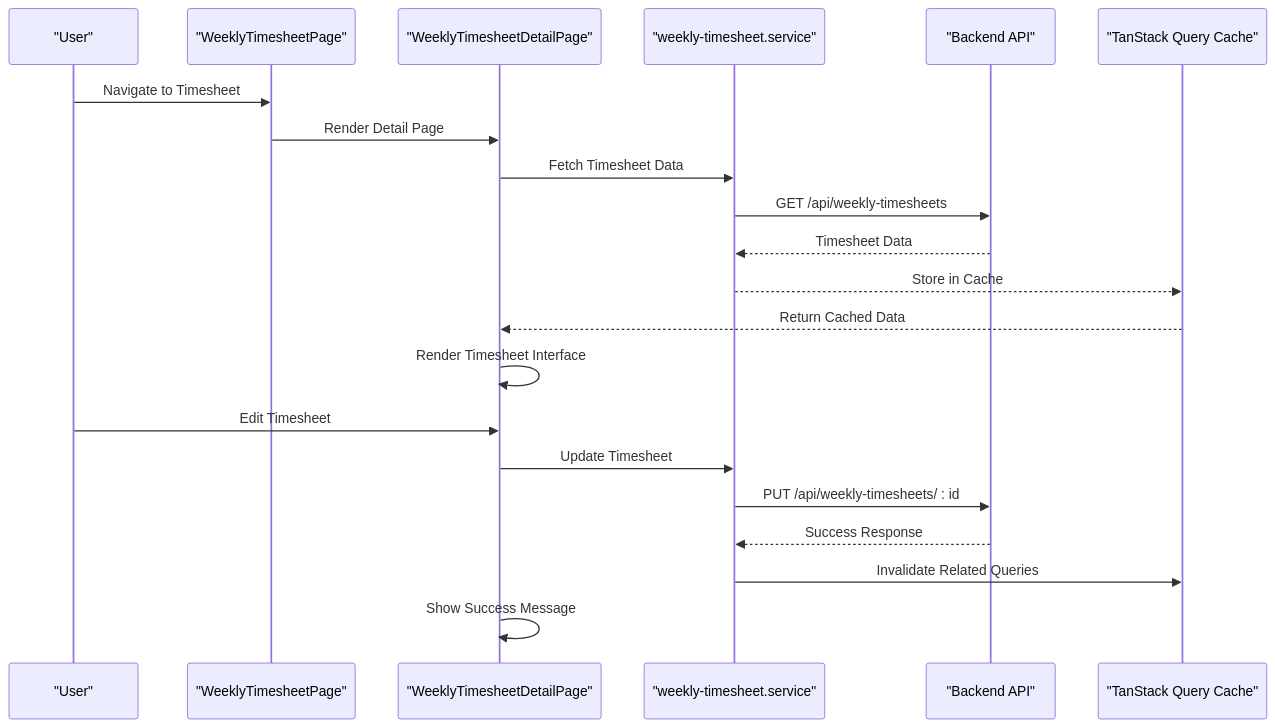
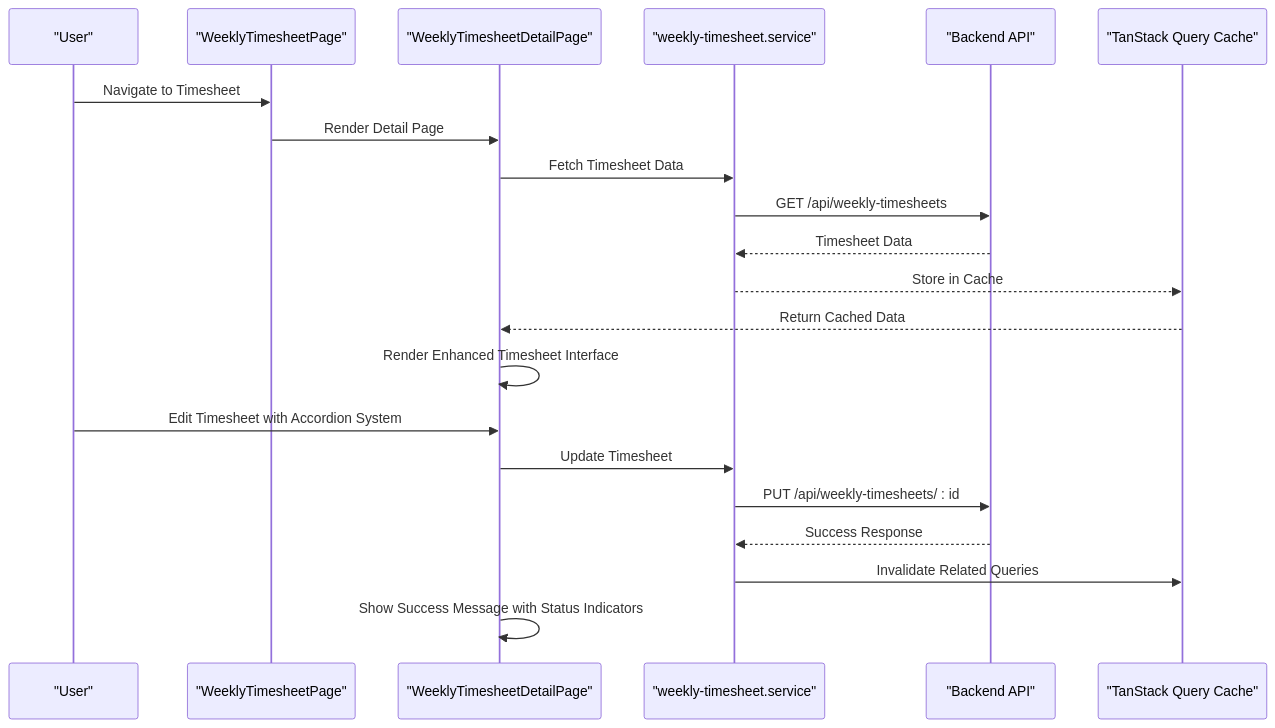
Before and after one commit to RobertRuas/windlog: the second of 6 diagrams in .qoder/repowiki/en/content/Arquitetura Frontend/Timesheet Semanal - Interface Frontend.md, drawn with Mermaid. The commit also changed other lines of this file and 13 other files, not shown here.

````diff
--- a/.qoder/repowiki/en/content/Arquitetura Frontend/Timesheet Semanal - Interface Frontend.md
+++ b/.qoder/repowiki/en/content/Arquitetura Frontend/Timesheet Semanal - Interface Frontend.md
@@ -110,23 +121,23 @@
 ```mermaid
 sequenceDiagram
 participant User as "User"
 participant Page as "WeeklyTimesheetPage"
 participant Detail as "WeeklyTimesheetDetailPage"
 participant Service as "weekly-timesheet.service"
 participant API as "Backend API"
 participant Cache as "TanStack Query Cache"
 User->>Page : Navigate to Timesheet
 Page->>Detail : Render Detail Page
 Detail->>Service : Fetch Timesheet Data
 Service->>API : GET /api/weekly-timesheets
 API-->>Service : Timesheet Data
 Service-->>Cache : Store in Cache
 Cache-->>Detail : Return Cached Data
-Detail->>Detail : Render Timesheet Interface
-User->>Detail : Edit Timesheet
+Detail->>Detail : Render Enhanced Timesheet Interface
+User->>Detail : Edit Timesheet with Accordion System
 Detail->>Service : Update Timesheet
 Service->>API : PUT /api/weekly-timesheets/ : id
 API-->>Service : Success Response
 Service->>Cache : Invalidate Related Queries
-Detail->>Detail : Show Success Message
+Detail->>Detail : Show Success Message with Status Indicators
 ```
````
